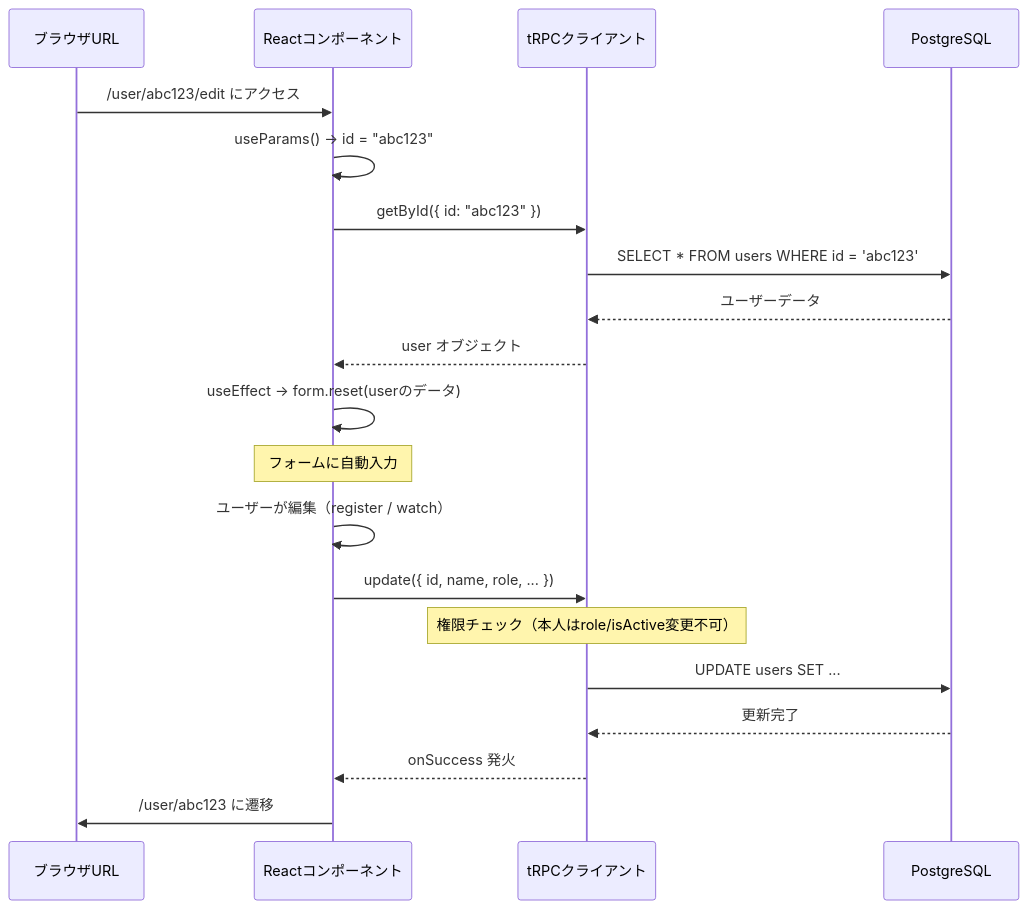
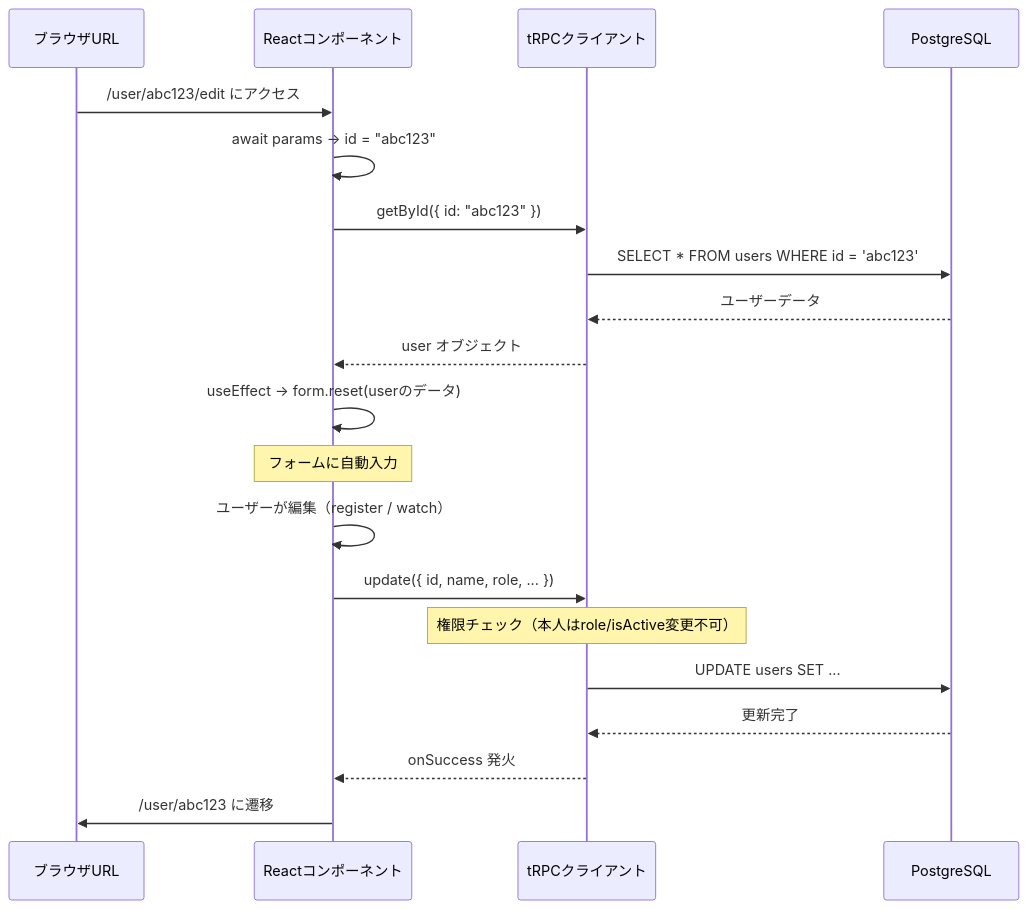
One commit to kouiso/task-app changed the second of 2 diagrams in material/30days-curriculum/day29_ユーザー詳細・編集ページを作ろう.md. Above: the diagram before and after it, drawn with Mermaid. The commit also changed other lines of this file and 103 other files, not shown here.

````diff
--- a/material/30days-curriculum/day29_ユーザー詳細・編集ページを作ろう.md
+++ b/material/30days-curriculum/day29_ユーザー詳細・編集ページを作ろう.md
@@ -1732,23 +1857,23 @@
 ```mermaid
 sequenceDiagram
     participant URL as ブラウザURL
     participant Comp as Reactコンポーネント
     participant tRPC as tRPCクライアント
     participant DB as PostgreSQL
 
     URL->>Comp: /user/abc123/edit にアクセス
-    Comp->>Comp: useParams() → id = "abc123"
+    Comp->>Comp: await params → id = "abc123"
     Comp->>tRPC: getById({ id: "abc123" })
     tRPC->>DB: SELECT * FROM users WHERE id = 'abc123'
     DB-->>tRPC: ユーザーデータ
     tRPC-->>Comp: user オブジェクト
     Comp->>Comp: useEffect → form.reset(userのデータ)
     Note over Comp: フォームに自動入力
     Comp->>Comp: ユーザーが編集（register / watch）
     Comp->>tRPC: update({ id, name, role, ... })
     Note over tRPC: 権限チェック（本人はrole/isActive変更不可）
     tRPC->>DB: UPDATE users SET ...
     DB-->>tRPC: 更新完了
     tRPC-->>Comp: onSuccess 発火
     Comp->>URL: /user/abc123 に遷移
 ```
````
